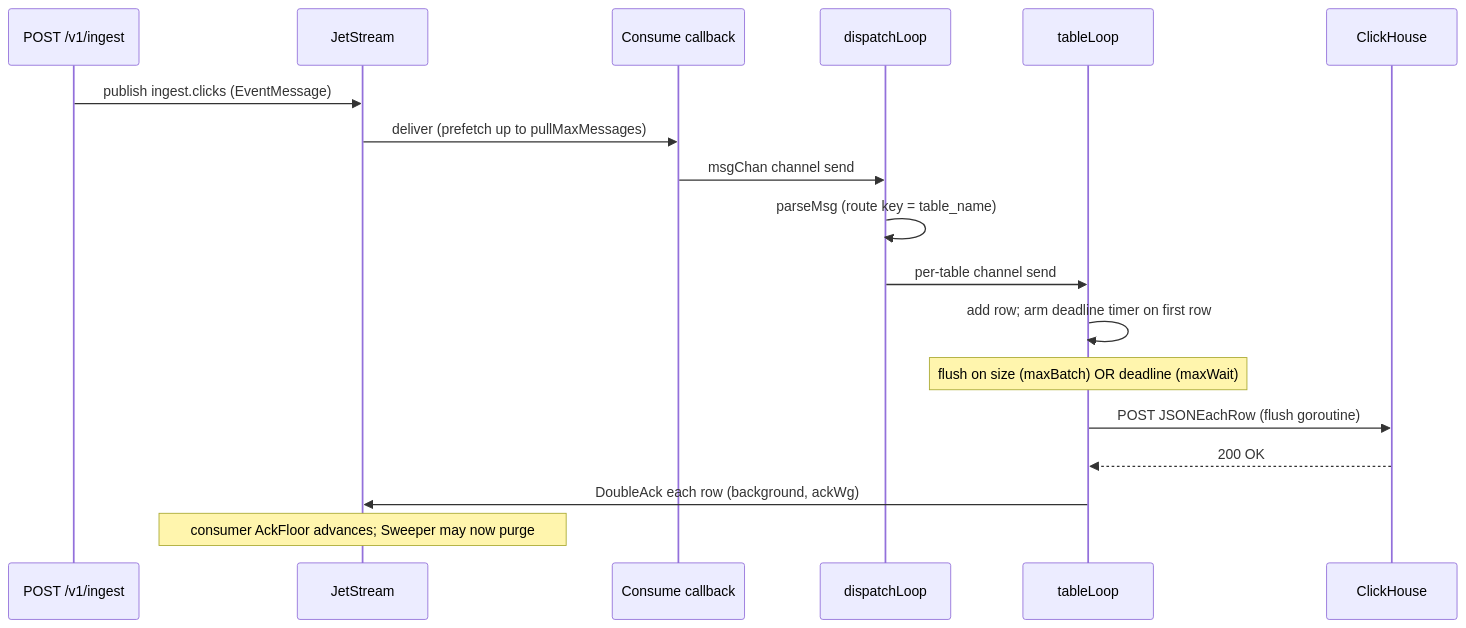
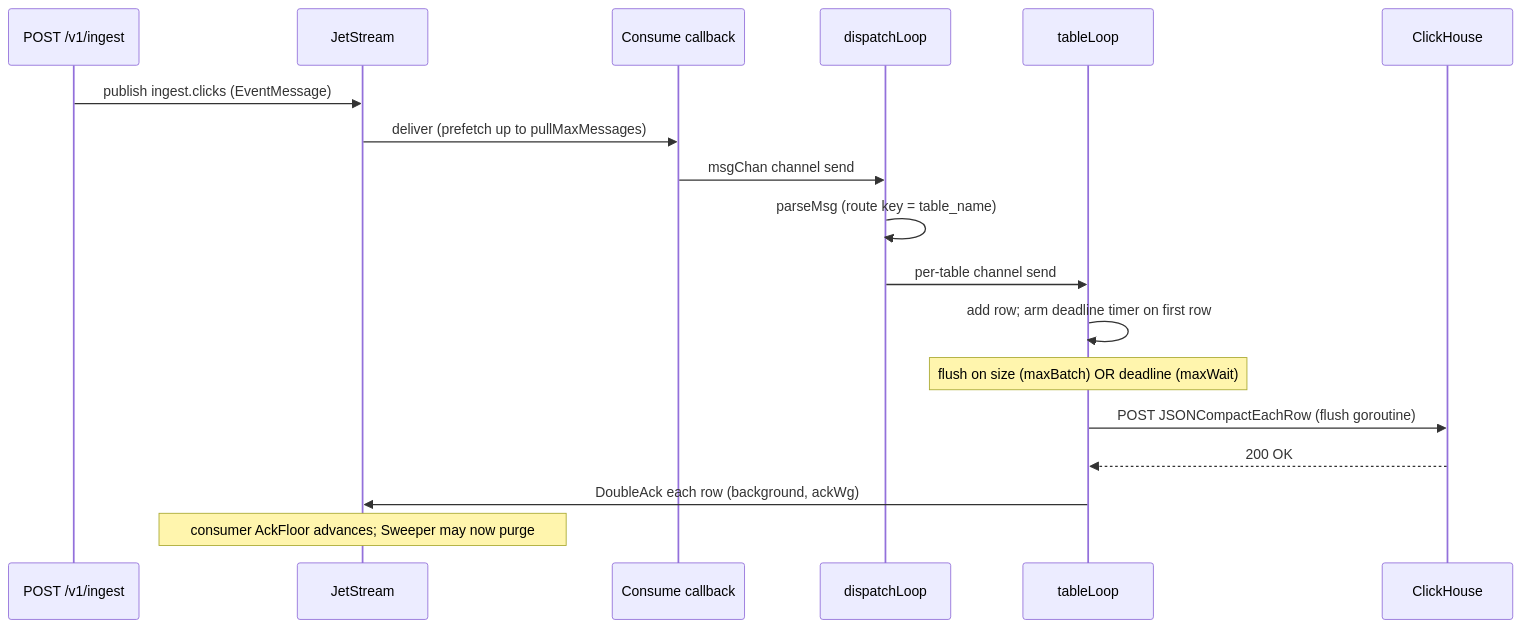
One commit to Wave-RF/WaveHouse changed the second of 8 diagrams in docs/src/content/docs/ingest-pipeline.md. Above: the diagram before and after it, drawn with Mermaid. The commit also changed other lines of this file and 19 other files, not shown here.

````diff
--- a/docs/src/content/docs/ingest-pipeline.md
+++ b/docs/src/content/docs/ingest-pipeline.md
@@ -62,20 +62,20 @@
 ```mermaid
 sequenceDiagram
     participant P as POST /v1/ingest
     participant JS as JetStream
     participant CB as Consume callback
     participant D as dispatchLoop
     participant TL as tableLoop
     participant CH as ClickHouse
     P->>JS: publish ingest.clicks (EventMessage)
     JS->>CB: deliver (prefetch up to pullMaxMessages)
     CB->>D: msgChan channel send
     D->>D: parseMsg (route key = table_name)
     D->>TL: per-table channel send
     TL->>TL: add row#59; arm deadline timer on first row
     Note over TL: flush on size (maxBatch) OR deadline (maxWait)
-    TL->>CH: POST JSONEachRow (flush goroutine)
+    TL->>CH: POST JSONCompactEachRow (flush goroutine)
     CH-->>TL: 200 OK
     TL->>JS: DoubleAck each row (background, ackWg)
     Note over JS: consumer AckFloor advances#59; Sweeper may now purge
 ```
````
